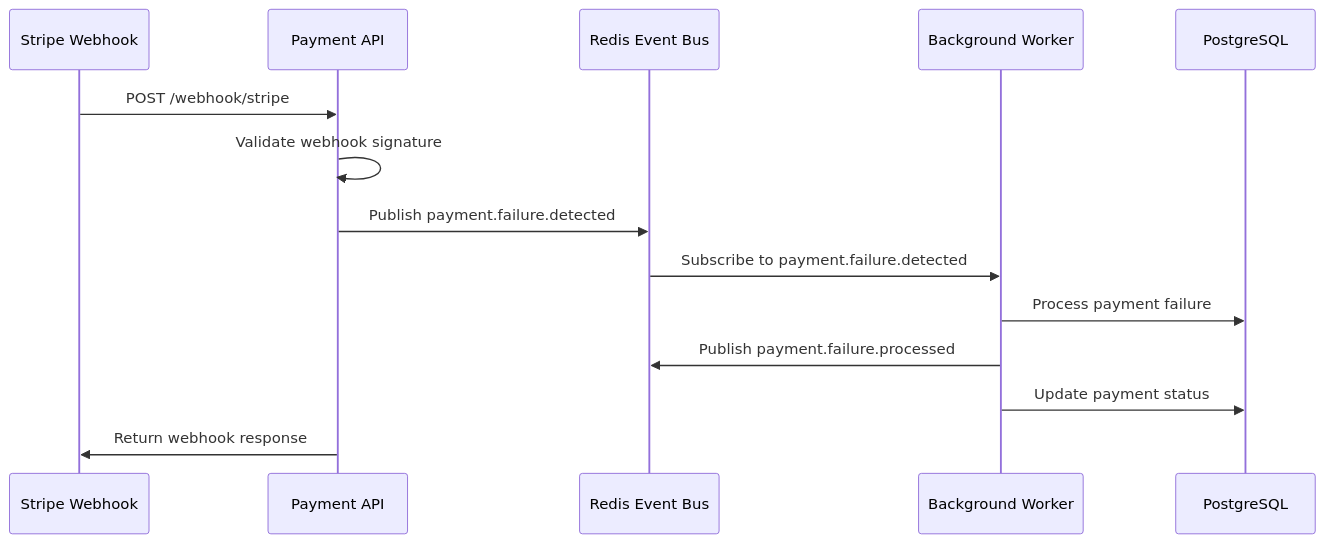
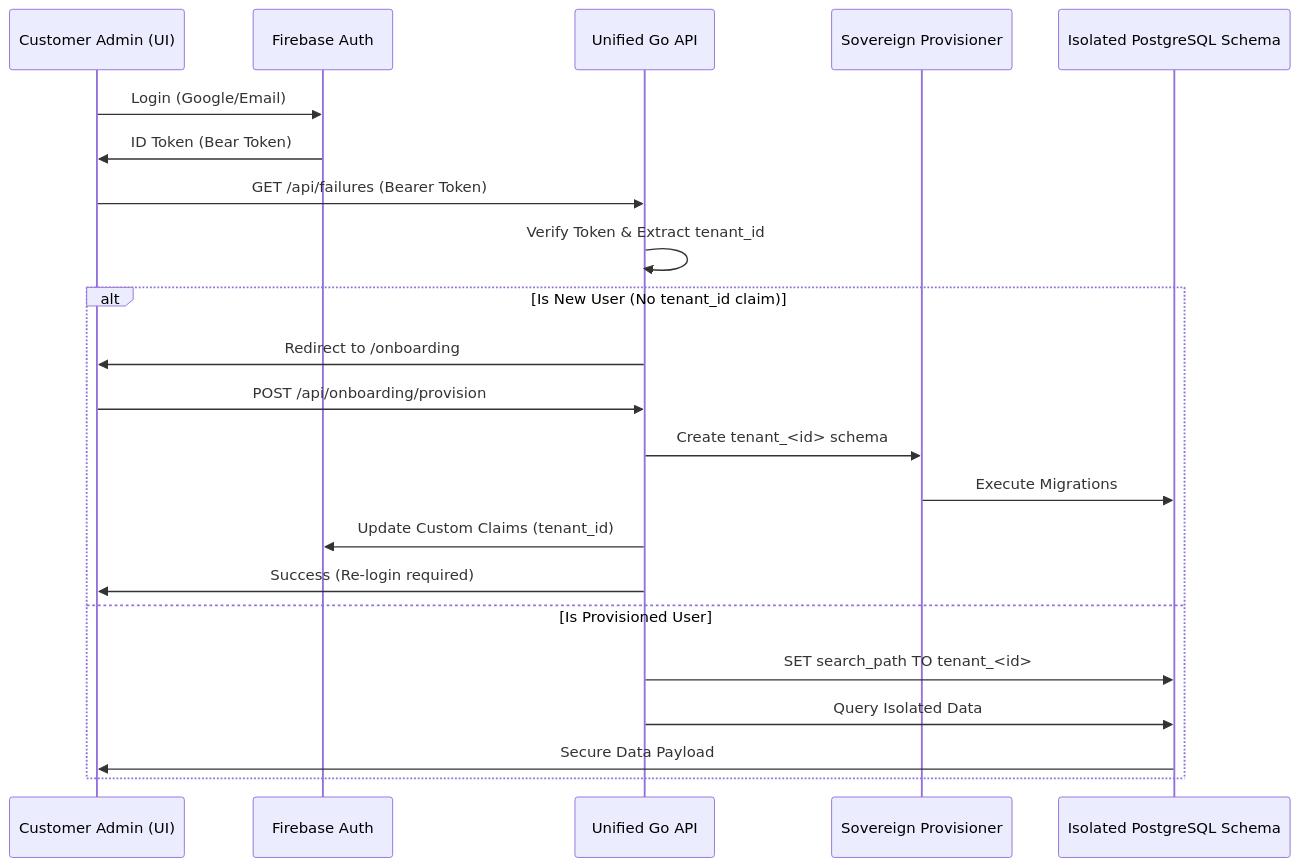
The second of 2 diagrams in docs/ARCHITECTURE/SYSTEM_DESIGN.md (sambitmohanty1/payment-watchdog), drawn with Mermaid before and after one commit. The commit also changed other lines of this file and 8 other files, not shown here.

````diff
--- a/docs/ARCHITECTURE/SYSTEM_DESIGN.md
+++ b/docs/ARCHITECTURE/SYSTEM_DESIGN.md
@@ -270,17 +166,26 @@
 ```mermaid
 sequenceDiagram
-    participant Stripe as Stripe Webhook
-    participant API as Payment API
-    participant EventBus as Redis Event Bus
-    participant Worker as Background Worker
-    participant Database as PostgreSQL
+    participant Admin as Customer Admin (UI)
+    participant Auth as Firebase Auth
+    participant API as Unified Go API
+    participant Provisioner as Sovereign Provisioner
+    participant DB as Isolated PostgreSQL Schema
     
-    Stripe->>API: POST /webhook/stripe
-    API->>API: Validate webhook signature
-    API->>EventBus: Publish payment.failure.detected
-    EventBus->>Worker: Subscribe to payment.failure.detected
-    Worker->>Database: Process payment failure
-    Worker->>EventBus: Publish payment.failure.processed
-    Worker->>Database: Update payment status
-    API->>Stripe: Return webhook response
+    Admin->>Auth: Login (Google/Email)
+    Auth->>Admin: ID Token (Bear Token)
+    Admin->>API: GET /api/failures (Bearer Token)
+    API->>API: Verify Token & Extract tenant_id
+    
+    alt Is New User (No tenant_id claim)
+        API->>Admin: Redirect to /onboarding
+        Admin->>API: POST /api/onboarding/provision
+        API->>Provisioner: Create tenant_<id> schema
+        Provisioner->>DB: Execute Migrations
+        API->>Auth: Update Custom Claims (tenant_id)
+        API->>Admin: Success (Re-login required)
+    else Is Provisioned User
+        API->>DB: SET search_path TO tenant_<id>
+        API->>DB: Query Isolated Data
+        DB->>Admin: Secure Data Payload
+    end
 ```
````
